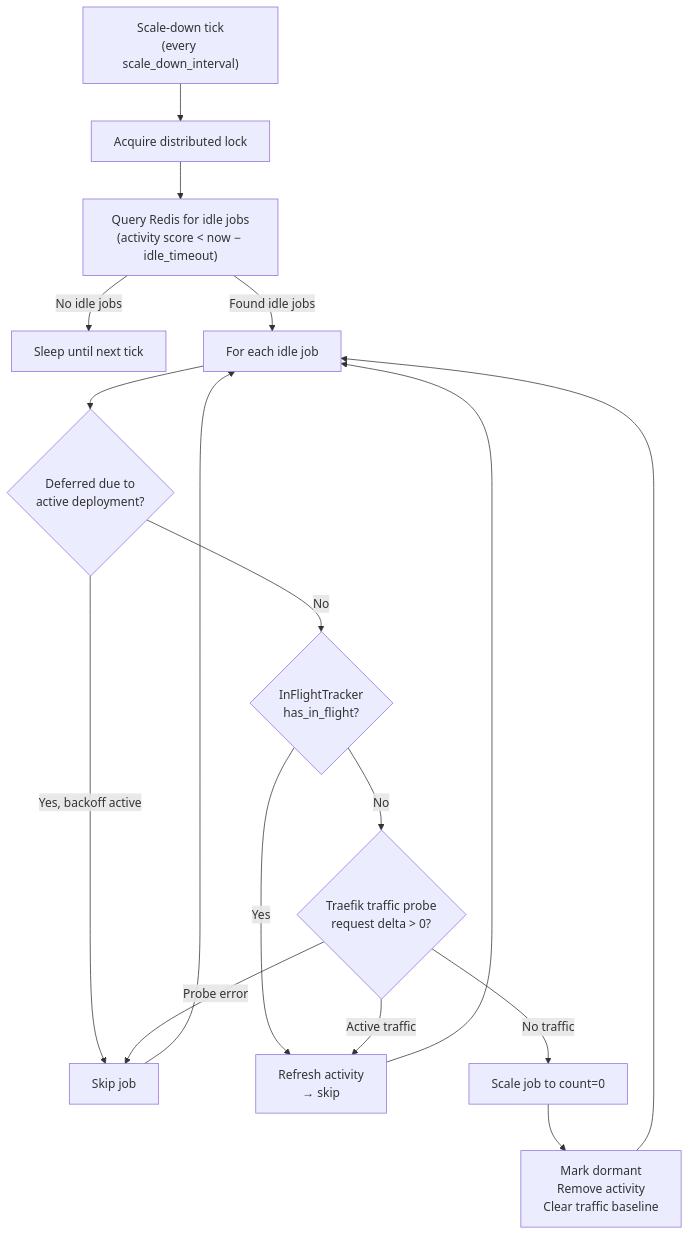
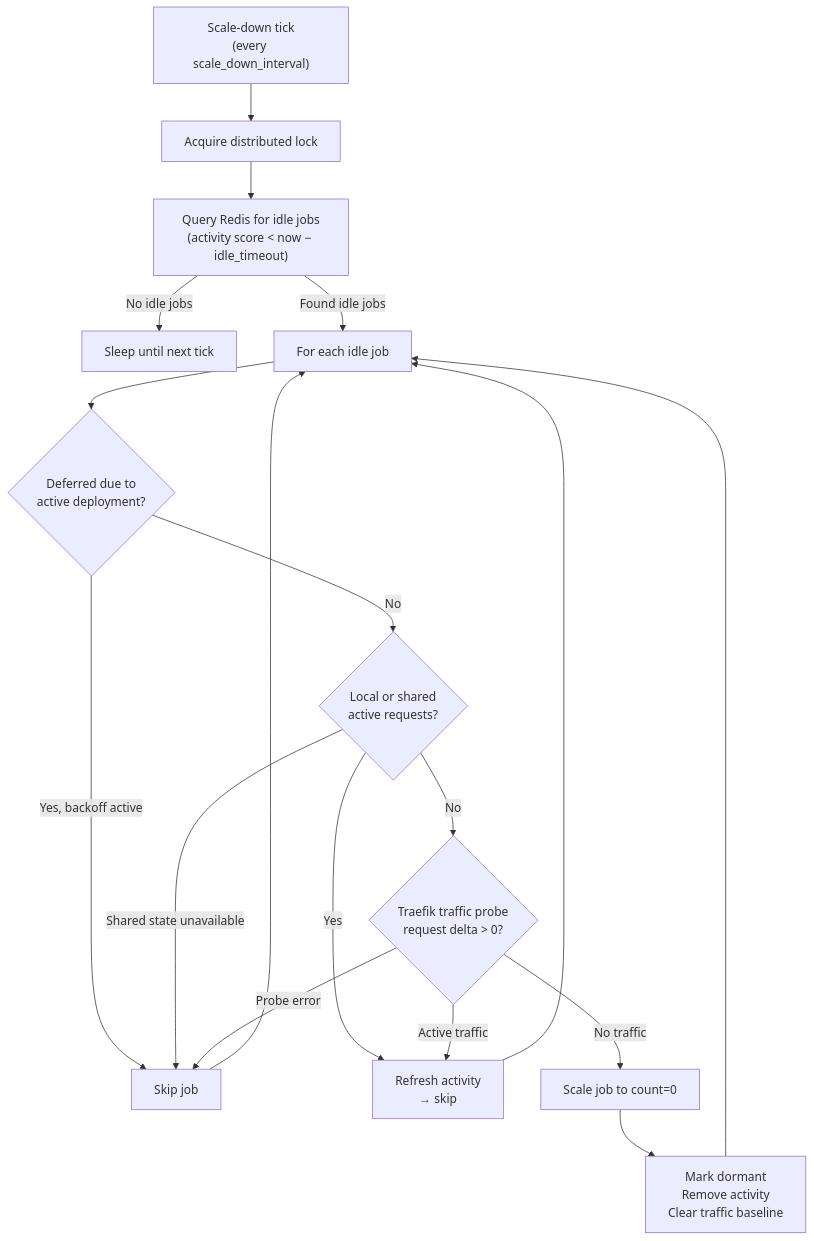
The fourth of 4 diagrams in README.md (Metatable-ai/nscale), drawn with Mermaid before and after one commit. The commit also changed other lines of this file and 29 other files, not shown here.

````diff
--- a/README.md
+++ b/README.md
@@ -99,19 +100,20 @@
 ```mermaid
 flowchart TD
     Tick["Scale-down tick<br/>(every scale_down_interval)"] --> Lock["Acquire distributed lock"]
     Lock --> Idle["Query Redis for idle jobs<br/>(activity score < now − idle_timeout)"]
     Idle -->|No idle jobs| Done["Sleep until next tick"]
     Idle -->|Found idle jobs| Loop["For each idle job"]
     Loop --> Deferred{"Deferred due to<br/>active deployment?"}
     Deferred -->|Yes, backoff active| Skip["Skip job"]
-    Deferred -->|No| InFlight{"InFlightTracker<br/>has_in_flight?"}
+    Deferred -->|No| InFlight{"Local or shared<br/>active requests?"}
+    InFlight -->|Shared state unavailable| Skip
     InFlight -->|Yes| Refresh["Refresh activity<br/>→ skip"]
     InFlight -->|No| Probe{"Traefik traffic probe<br/>request delta > 0?"}
     Probe -->|Active traffic| Refresh
     Probe -->|Probe error| Skip
     Probe -->|No traffic| Scale["Scale job to count=0"]
     Scale --> Cleanup["Mark dormant<br/>Remove activity<br/>Clear traffic baseline"]
     Refresh --> Loop
     Skip --> Loop
     Cleanup --> Loop
 ```
````
